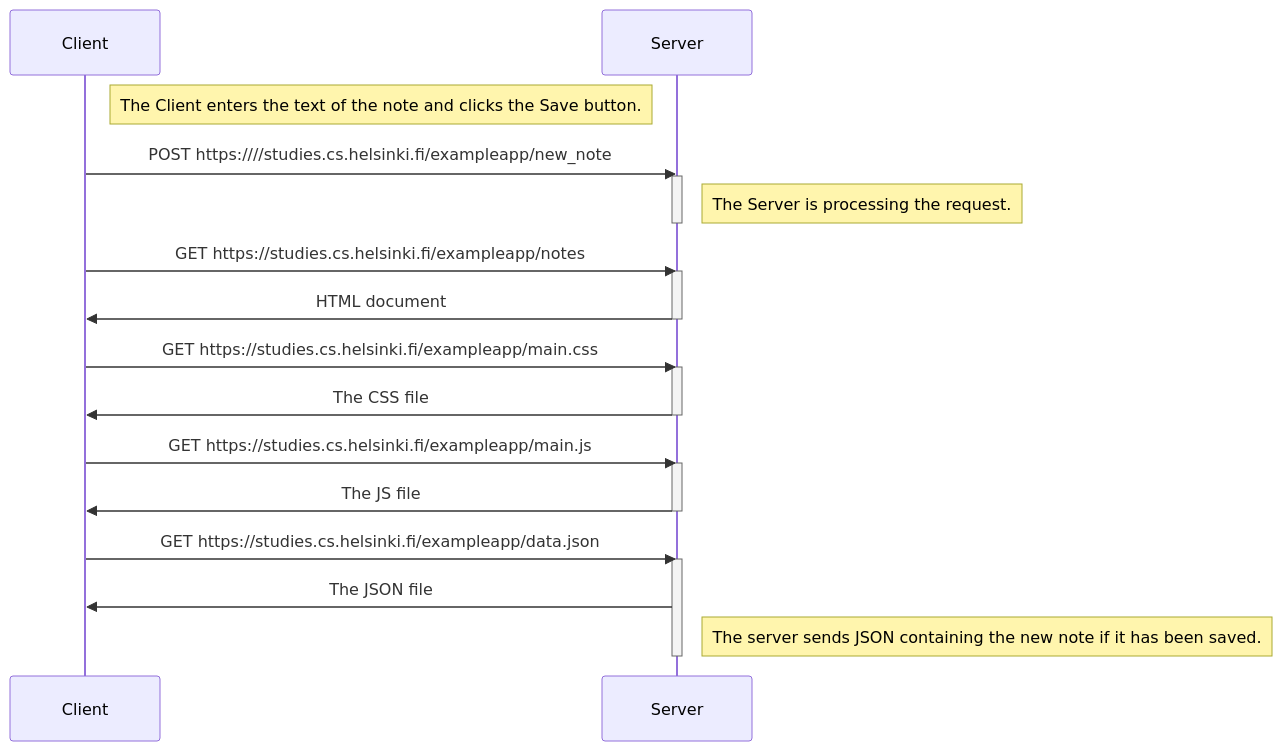
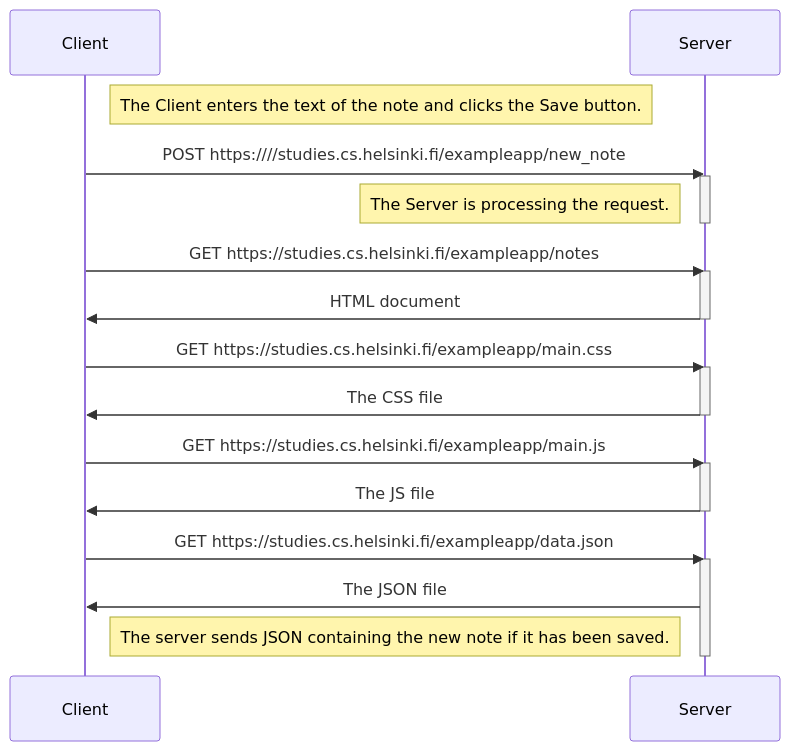
One commit to eclypse13/fullstackopen changed the diagram in Part 0/Exercise 4/new-note-diagram.md. Above: the diagram before and after it, drawn with Mermaid.

Commit message:
changed direction of comments because it looked ugly

````diff
--- a/Part 0/Exercise 4/new-note-diagram.md
+++ b/Part 0/Exercise 4/new-note-diagram.md
@@ -1,32 +1,32 @@
 ```mermaid
 sequenceDiagram
     participant Client
     participant Server
 
     Note right of Client: The Client enters the text of the note and clicks the Save button.
     Client->>Server: POST https:////studies.cs.helsinki.fi/exampleapp/new_note
     activate Server
-    Note right of Server: The Server is processing the request.
+    Note left of Server: The Server is processing the request.
     deactivate Server
 
     Client->>Server: GET https://studies.cs.helsinki.fi/exampleapp/notes
     activate Server
     Server->>Client: HTML document
     deactivate Server
 
     Client->>Server: GET https://studies.cs.helsinki.fi/exampleapp/main.css
     activate Server
     Server->>Client: The CSS file
     deactivate Server
 
     Client->>Server: GET https://studies.cs.helsinki.fi/exampleapp/main.js
     activate Server
     Server->>Client: The JS file
     deactivate Server
 
     Client->>Server: GET https://studies.cs.helsinki.fi/exampleapp/data.json
     activate Server
     Server->>Client: The JSON file
-    Note right of Server: The server sends JSON containing the new note if it has been saved.
+    Note left of Server: The server sends JSON containing the new note if it has been saved.
     deactivate Server
 ```
````
